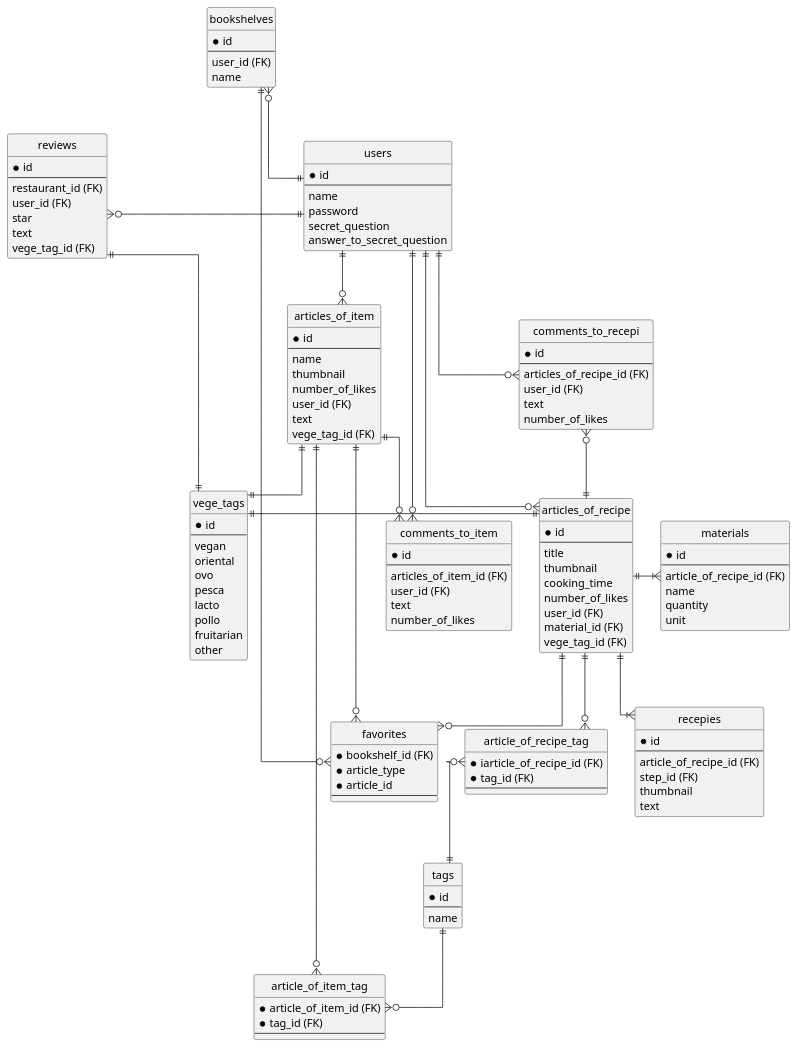
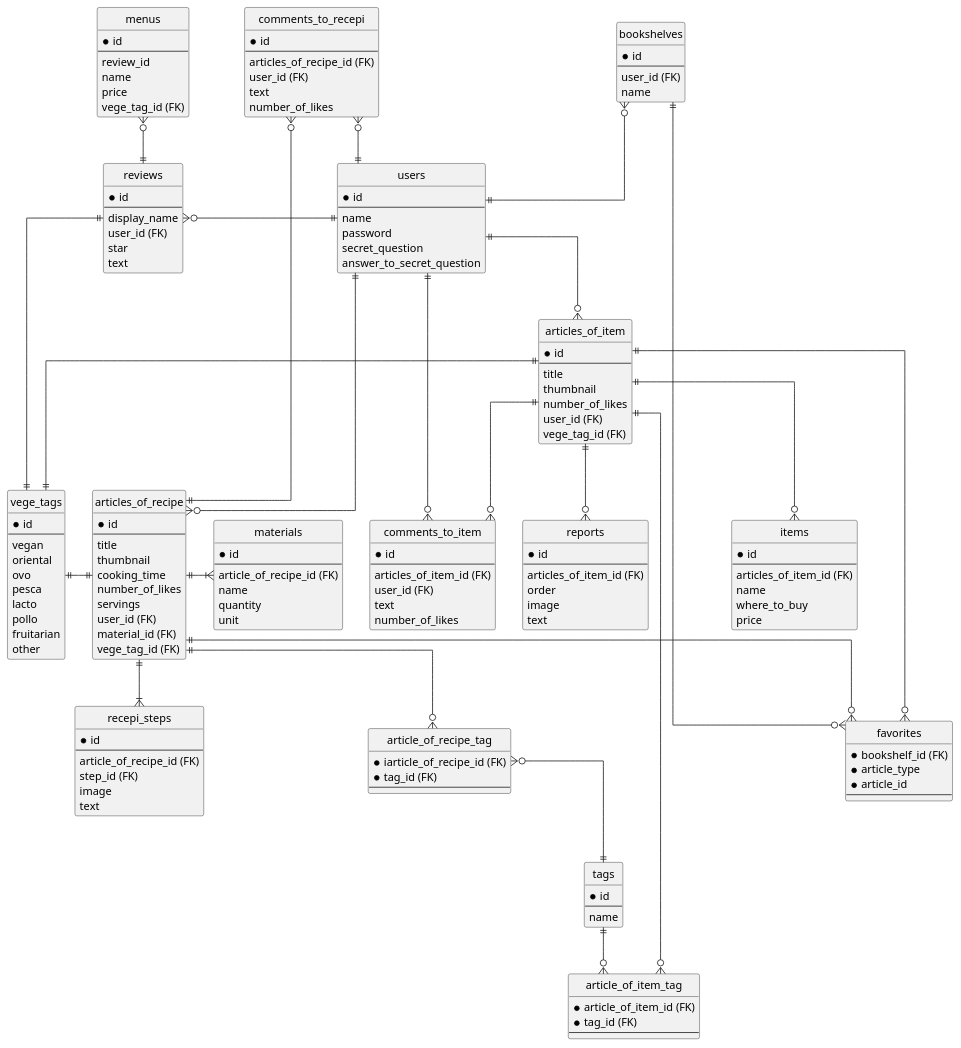
Before and after one commit to SayuriOkuyama/Original: the diagram in documents/er.pu, drawn with PlantUML.

Commit message:
データベース修正

```diff
--- a/documents/er.pu
+++ b/documents/er.pu
@@ -1,154 +1,183 @@
 @startuml VegEvery
 ' hide the spot
 hide circle
 
 ' avoid problems with angled crows feet
 skinparam linetype ortho
 
 
 entity "users" as users {
-* id
---
-name
-password
-secret_question
-answer_to_secret_question
+  *id
+  --
+  name
+  password
+  secret_question
+  answer_to_secret_question
 }
 
 
 entity "articles_of_recipe" as articles_of_recipe {
   *id
   --
-title
-thumbnail
-cooking_time
-number_of_likes
-user_id (FK)
-material_id (FK)
-vege_tag_id (FK)
+  title
+  thumbnail
+  cooking_time
+  number_of_likes
+  servings
+  user_id (FK)
+  material_id (FK)
+  vege_tag_id (FK)
 }
 
 
-entity "recepies" as recepies {
+entity "recepi_steps" as recepi_steps {
   *id
   --
-article_of_recipe_id (FK)
-step_id (FK)
-thumbnail
-text
+  article_of_recipe_id (FK)
+  step_id (FK)
+  image
+  text
 }
 
 entity "materials" as materials {
   *id
   --
-article_of_recipe_id (FK)
-name
-quantity
-unit
+  article_of_recipe_id (FK)
+  name
+  quantity
+  unit
 }
 
 entity "articles_of_item" as articles_of_item {
   *id
   --
-name
-thumbnail
-number_of_likes
-user_id (FK)
-text
-vege_tag_id (FK)
+  title
+  thumbnail
+  number_of_likes
+  user_id (FK)
+  vege_tag_id (FK)
+}
+
+entity "items" as items {
+  *id
+  --
+  articles_of_item_id (FK)
+  name
+  where_to_buy
+  price
+}
+
+entity "reports" as reports {
+  *id
+  --
+  articles_of_item_id (FK)
+  order
+  image
+  text
 }
 
 entity "comments_to_recepi" as comments_to_recepi {
   *id
   --
-articles_of_recipe_id (FK)
-user_id (FK)
-text
-number_of_likes
+  articles_of_recipe_id (FK)
+  user_id (FK)
+  text
+  number_of_likes
 }
 
 entity "comments_to_item" as comments_to_item {
   *id
   --
-articles_of_item_id (FK)
-user_id (FK)
-text
-number_of_likes
+  articles_of_item_id (FK)
+  user_id (FK)
+  text
+  number_of_likes
 }
 
 entity "tags" as tags {
   *id
   --
-name
+  name
 }
 
 entity "article_of_recipe_tag" as article_of_recipe_tag {
   *iarticle_of_recipe_id (FK)
   *tag_id (FK)
   --
 }
 
 entity "article_of_item_tag" as article_of_item_tag {
   *article_of_item_id (FK)
   *tag_id (FK)
- --
+  --
 }
 
 entity "vege_tags" as vege_tags {
   *id
   --
-vegan
-oriental
-ovo
-pesca
-lacto
-pollo
-fruitarian
-other
+  vegan
+  oriental
+  ovo
+  pesca
+  lacto
+  pollo
+  fruitarian
+  other
 }
 
 entity "reviews" as reviews {
   *id
   --
-restaurant_id (FK)
-user_id (FK)
-star
-text
-vege_tag_id (FK)
+  display_name
+  user_id (FK)
+  star
+  text
+}
+
+entity "menus" as menus {
+  *id
+  --
+  review_id
+  name
+  price
+  vege_tag_id (FK)
 }
 
 entity "bookshelves" as bookshelves {
   *id
   --
-user_id (FK)
-name
+  user_id (FK)
+  name
 }
 
 entity "favorites" as favorites {
-   *bookshelf_id (FK)
-   *article_type
-   *article_id
+  *bookshelf_id (FK)
+  *article_type
+  *article_id
   --
 }
 
 users ||--o{articles_of_recipe
-articles_of_recipe ||--|{ recepies
+articles_of_recipe ||--|{ recepi_steps
 articles_of_recipe ||-r-|{ materials
 articles_of_recipe ||-d-o{ article_of_recipe_tag
 tags ||-u-o{ article_of_recipe_tag
 articles_of_recipe ||-l-|| vege_tags
 articles_of_recipe ||-u-o{ comments_to_recepi
-users ||--o{ comments_to_recepi
+users ||-u-o{ comments_to_recepi
 users ||-d-o{articles_of_item
 articles_of_item ||--o{ article_of_item_tag
 tags ||--o{ article_of_item_tag
 articles_of_item ||--|| vege_tags
-articles_of_item ||-d-o{ comments_to_item
-users ||--o{ comments_to_item
+articles_of_item ||--o{ comments_to_item
+articles_of_item ||-d-o{ items
+articles_of_item ||-d-o{ reports
+users ||-r-o{ comments_to_item
 users ||-u-o{bookshelves
 bookshelves ||-r-o{favorites
 articles_of_recipe ||--o{favorites
 articles_of_item ||--o{favorites
 users ||-l-o{reviews
 vege_tags ||--|| reviews
+menus }o--|| reviews
 @enduml
```
